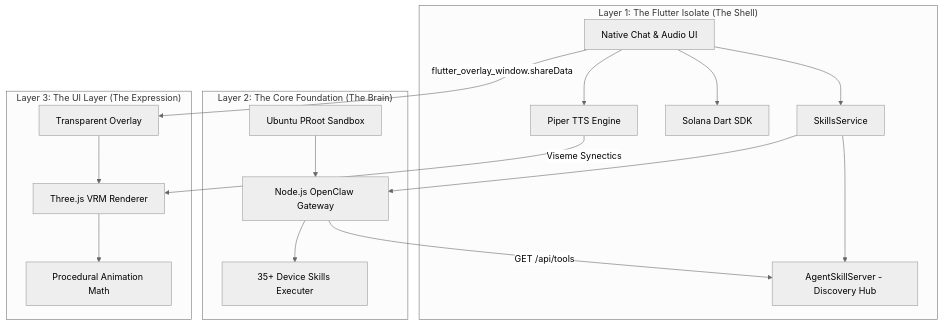
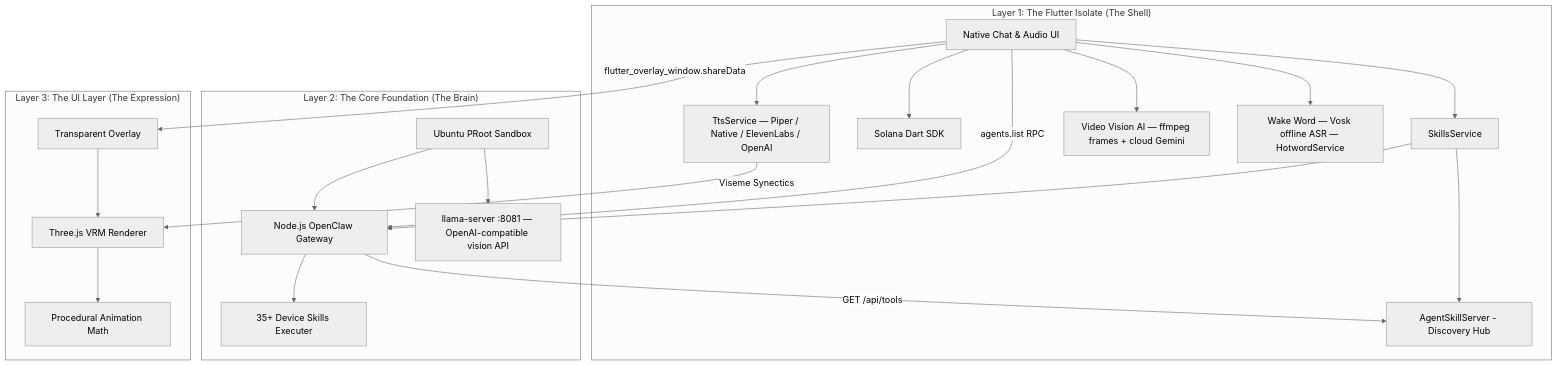
One commit to vmbbz/plawie changed the diagram in README.md. Above: the diagram before and after it, drawn with Mermaid (neutral theme). The commit also changed other lines of this file and 31 other files, not shown here.

````diff
--- a/README.md
+++ b/README.md
@@ -165,24 +184,28 @@
 ```mermaid
 graph TD
     subgraph "Layer 1: The Flutter Isolate (The Shell)"
         A[Native Chat & Audio UI] --> B[SkillsService]
         A --> C[Solana Dart SDK]
-        A --> D[Piper TTS Engine]
+        A --> D[TtsService — Piper / Native / ElevenLabs / OpenAI]
+        A --> V[Video Vision AI — ffmpeg frames + cloud Gemini]
+        A --> W[Wake Word — Vosk offline ASR — HotwordService]
         B --> K[AgentSkillServer - Discovery Hub]
     end
 
     subgraph "Layer 2: The Core Foundation (The Brain)"
         E[Ubuntu PRoot Sandbox] --> F[Node.js OpenClaw Gateway]
         B --> F
         F --> G[35+ Device Skills Executer]
         F -- "GET /api/tools" --> K
+        E --> L[llama-server :8081 — OpenAI-compatible vision API]
     end
 
     subgraph "Layer 3: The UI Layer (The Expression)"
         H[Transparent Overlay] --> I[Three.js VRM Renderer]
         I --> J[Procedural Animation Math]
     end
 
     A -- "flutter_overlay_window.shareData" --> H
     D -- "Viseme Synectics" --> I
+    A -- "agents.list RPC" --> F
 ```
````
